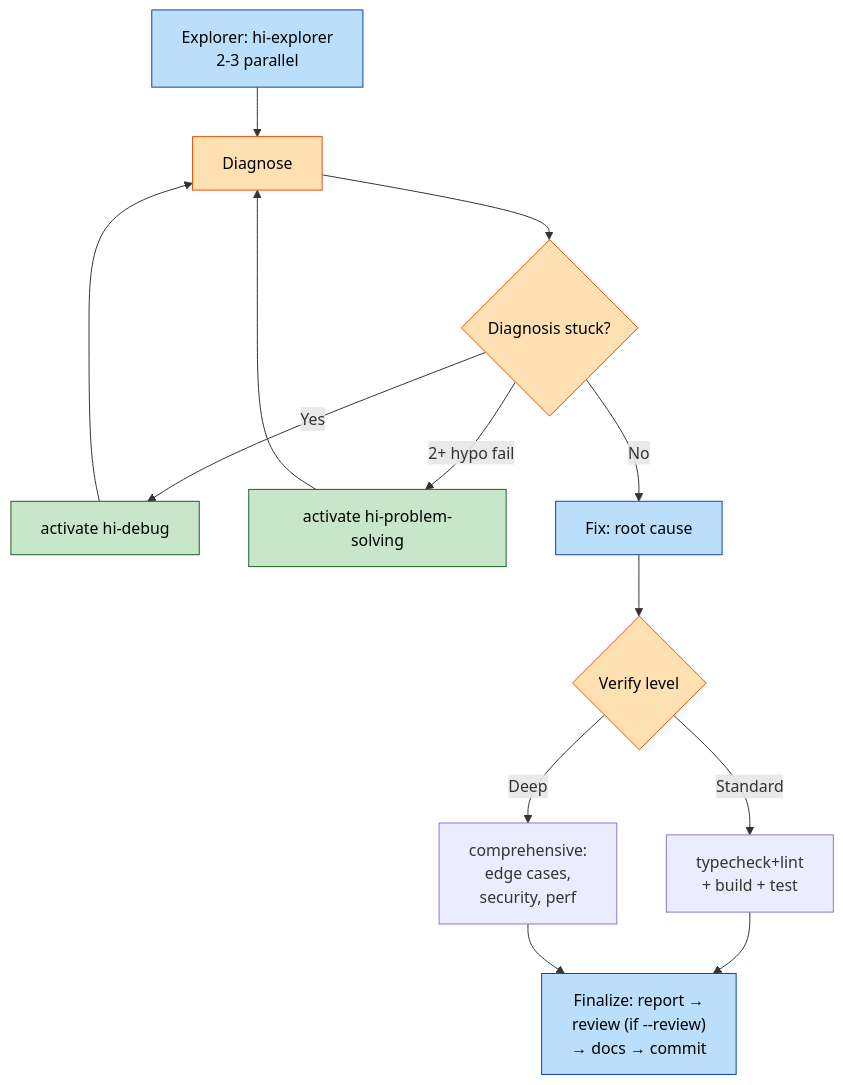
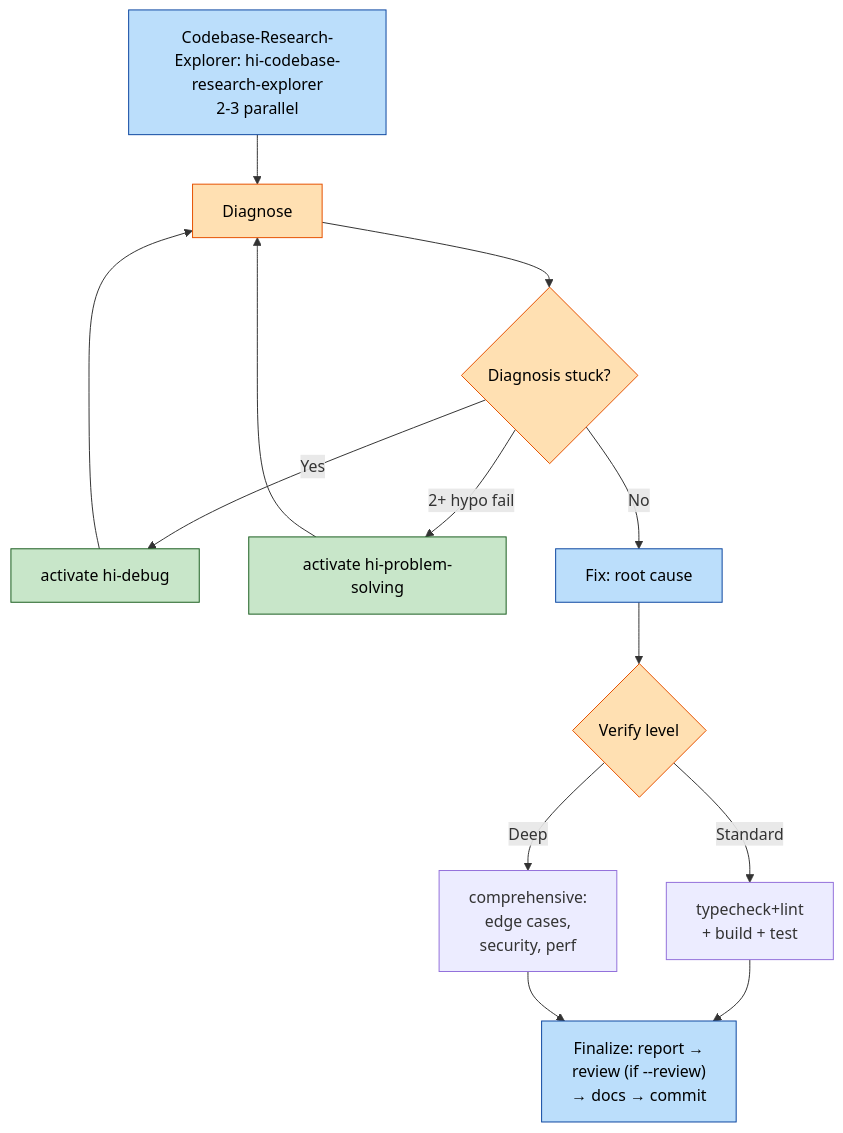
Before and after one commit to baka3k/dev-kit: the third of 7 diagrams in devkit.md, drawn with Mermaid. The commit also changed other lines of this file and 27 other files, not shown here.

````diff
--- a/devkit.md
+++ b/devkit.md
@@ -76,30 +76,30 @@
 ```mermaid
 graph TD
-    A["Explorer: hi-explorer<br/>2-3 parallel"] --> B["Diagnose"]
+    A["Codebase-Research-Explorer: hi-codebase-research-explorer<br/>2-3 parallel"] --> B["Diagnose"]
 
     B --> B1{"Diagnosis stuck?"}
 
     B1 -->|Yes| B2["activate hi-debug"]
     B1 -->|"2+ hypo fail"| B3["activate hi-problem-solving"]
     B1 -->|No| C
 
     B2 --> B
     B3 --> B
 
     C["Fix: root cause"] --> D{"Verify level"}
 
     D -->|Standard| D1["typecheck+lint<br/>+ build + test"]
     D -->|Deep| D2["comprehensive:<br/>edge cases,<br/>security, perf"]
 
     D1 --> E["Finalize: report →<br/>review (if --review)<br/>→ docs → commit"]
     D2 --> E
 
     classDef step fill:#bbdefb,stroke:#0d47a1,color:#000
     classDef skill fill:#c8e6c9,stroke:#1b5e20,color:#000
     classDef gate fill:#ffe0b2,stroke:#e65100,color:#000
 
     class A,C,E step
     class B2,B3 skill
     class B,B1,D gate
 
 ```
````
